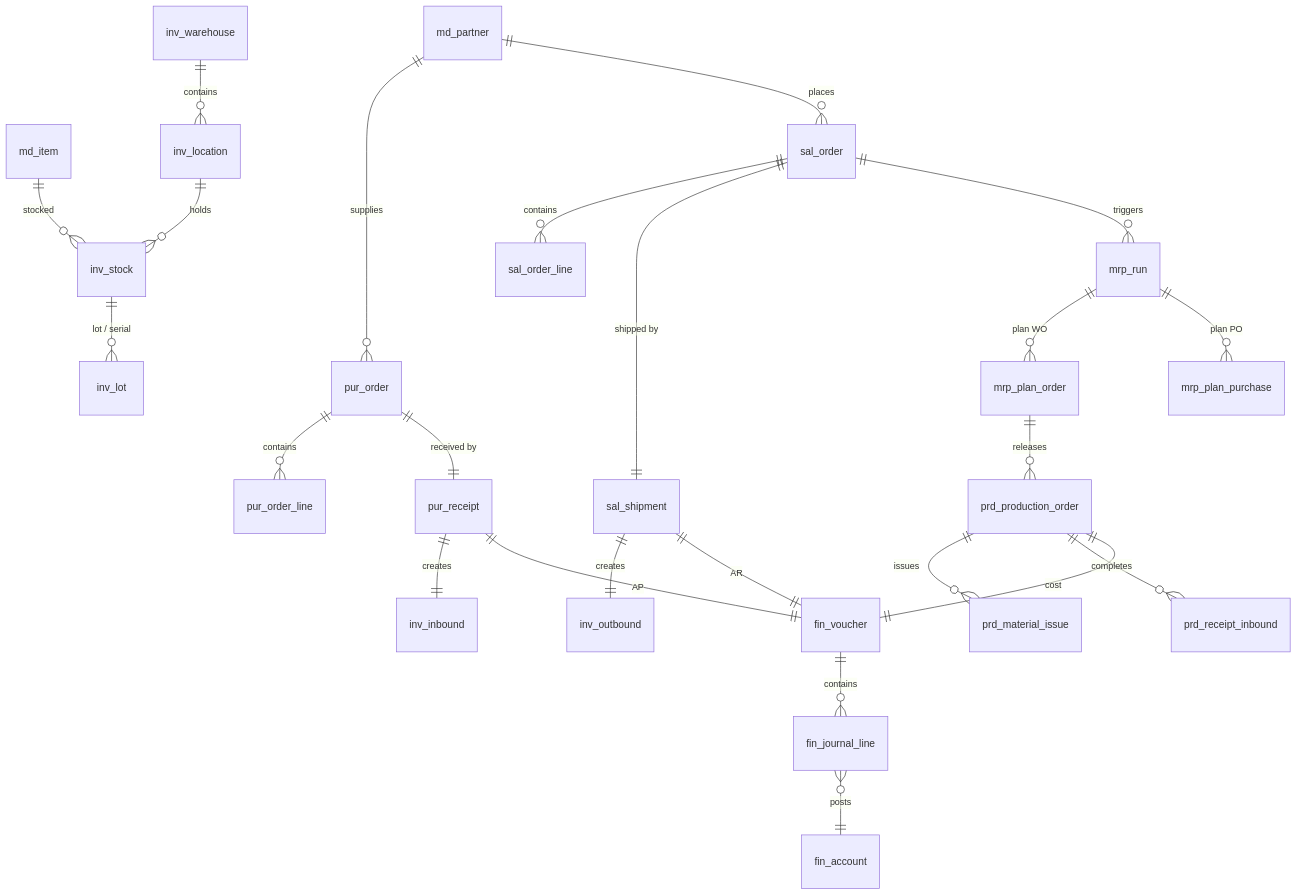
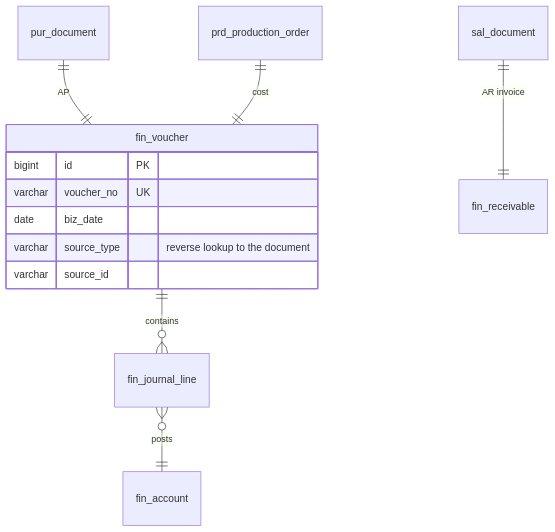
The sixth of 6 diagrams in docs/domain/erd.md (GenisourceStudio/GenisourceERP), drawn with Mermaid before and after one commit. The commit also changed other lines of this file and 55 other files, not shown here.

````diff
--- a/docs/domain/erd.md
+++ b/docs/domain/erd.md
@@ -481,30 +601,16 @@
 ```mermaid
 erDiagram
-    md_item ||--o{ inv_stock : "stocked"
-    inv_location ||--o{ inv_stock : holds
-    inv_warehouse ||--o{ inv_location : contains
-    inv_stock ||--o{ inv_lot : "lot / serial"
-
-    md_partner ||--o{ pur_order : "supplies"
-    pur_order ||--o{ pur_order_line : contains
-    pur_order ||--|| pur_receipt : "received by"
-    pur_receipt ||--|| inv_inbound : creates
-
-    md_partner ||--o{ sal_order : places
-    sal_order ||--o{ sal_order_line : contains
-    sal_order ||--|| sal_shipment : "shipped by"
-    sal_shipment ||--|| inv_outbound : creates
-
-    sal_order ||--o{ mrp_run : triggers
-    mrp_run ||--o{ mrp_plan_order : "plan WO"
-    mrp_run ||--o{ mrp_plan_purchase : "plan PO"
-    mrp_plan_order ||--o{ prd_production_order : releases
-    prd_production_order ||--o{ prd_material_issue : issues
-    prd_production_order ||--o{ prd_receipt_inbound : completes
-
-    pur_receipt ||--|| fin_voucher : "AP"
-    sal_shipment ||--|| fin_voucher : "AR"
+    pur_document ||--|| fin_voucher : "AP"
+    sal_document ||--|| fin_receivable : "AR invoice"
     prd_production_order ||--|| fin_voucher : "cost"
     fin_voucher ||--o{ fin_journal_line : contains
     fin_journal_line }o--|| fin_account : posts
+
+    fin_voucher {
+        bigint id PK
+        varchar voucher_no UK
+        date biz_date
+        varchar source_type "reverse lookup to the document"
+        varchar source_id
+    }
 ```
````
